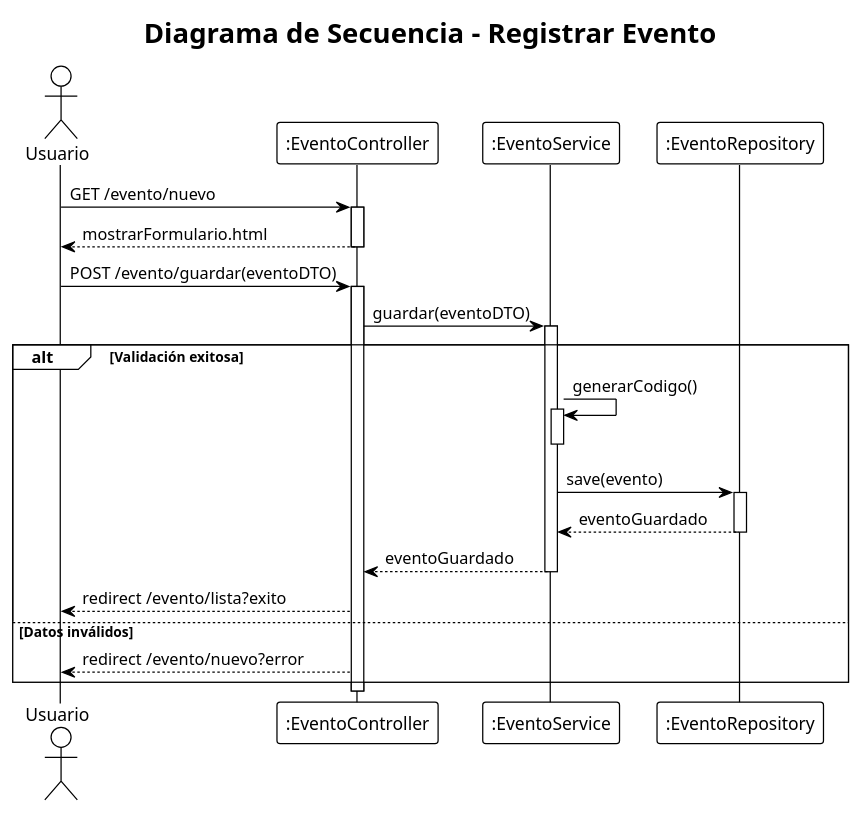
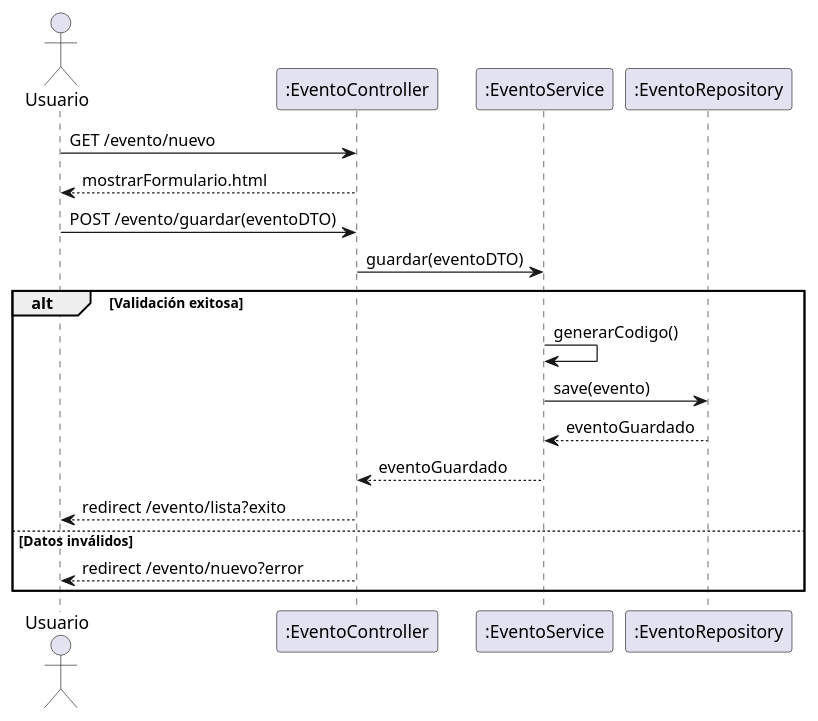
One commit to BrayanZR29/SST changed the diagram in planeacion/uml/03-secuencia-registrar.puml. Above: the diagram before and after it, drawn with PlantUML. The commit also changed 14 other files, not shown here.

```diff
--- a/planeacion/uml/03-secuencia-registrar.puml
+++ b/planeacion/uml/03-secuencia-registrar.puml
@@ -1,43 +1,22 @@
 @startuml SecuenciaRegistrarEvento
-!theme plain
-
-title Diagrama de Secuencia - Registrar Evento
-
 actor Usuario
 participant ":EventoController" as ctrl
 participant ":EventoService" as svc
 participant ":EventoRepository" as repo
 
 Usuario -> ctrl : GET /evento/nuevo
-activate ctrl
 ctrl --> Usuario : mostrarFormulario.html
-deactivate ctrl
 
 Usuario -> ctrl : POST /evento/guardar(eventoDTO)
-activate ctrl
-
 ctrl -> svc : guardar(eventoDTO)
-activate svc
 
 alt Validación exitosa
     svc -> svc : generarCodigo()
-    activate svc
-    deactivate svc
-    
     svc -> repo : save(evento)
-    activate repo
     repo --> svc : eventoGuardado
-    deactivate repo
-    
     svc --> ctrl : eventoGuardado
-    deactivate svc
-    
     ctrl --> Usuario : redirect /evento/lista?exito
-    
 else Datos inválidos
     ctrl --> Usuario : redirect /evento/nuevo?error
 end
-
-deactivate ctrl
-
 @enduml
```
